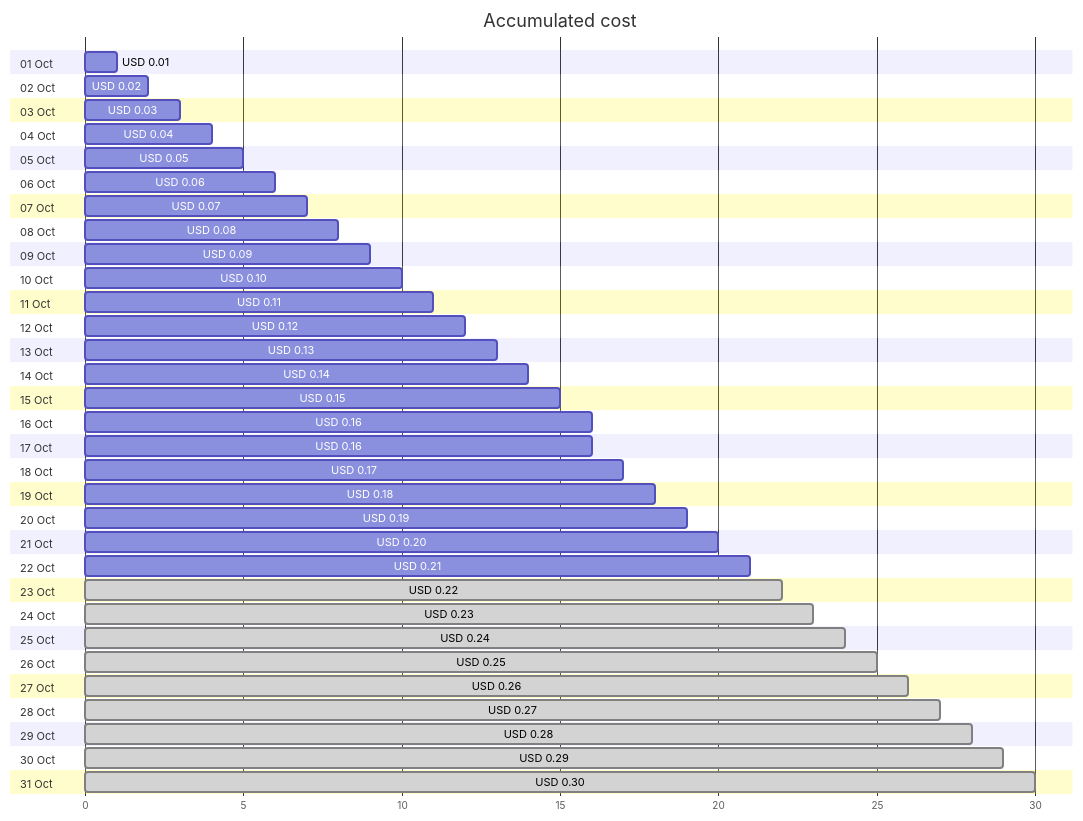
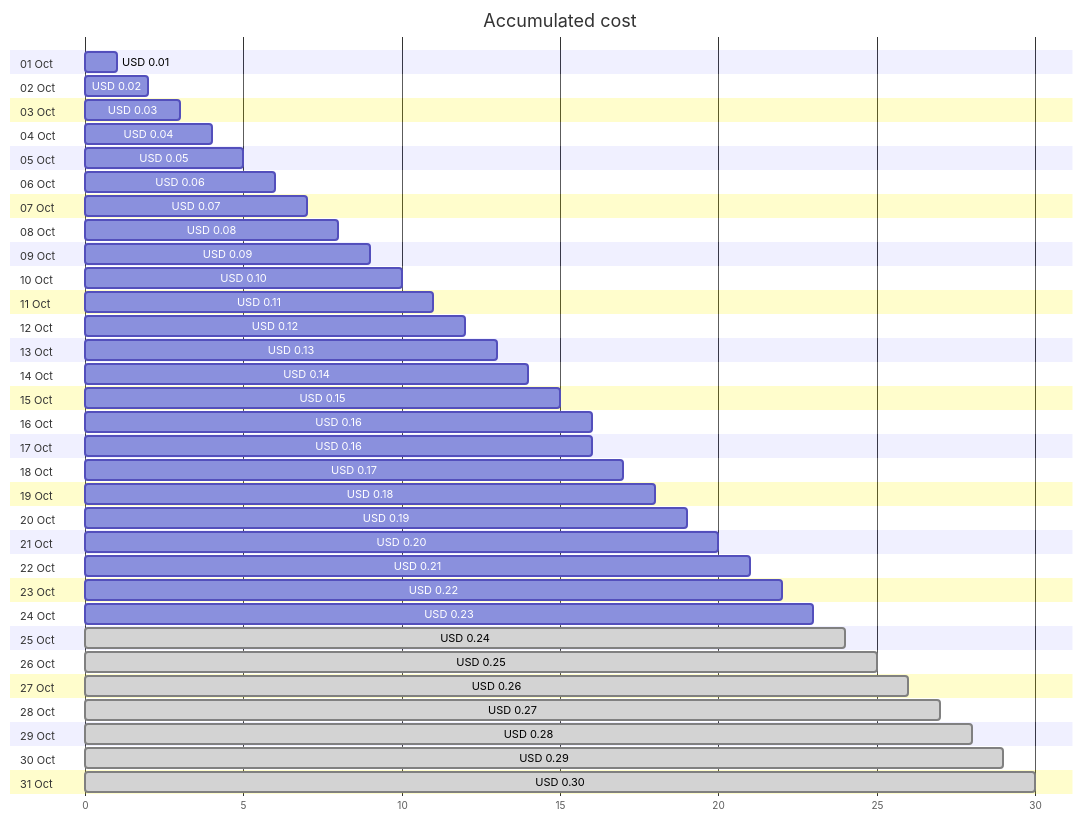
Before and after one commit to jpfulton/azure-personal-reports: the first of 4 diagrams in cost-reports/cloud-shell-storage-eastus/cs2100300008c8d894b.md, drawn with Mermaid. The commit also changed other lines of this file and 1 other file, not shown here.

````diff
--- a/cost-reports/cloud-shell-storage-eastus/cs2100300008c8d894b.md
+++ b/cost-reports/cloud-shell-storage-eastus/cs2100300008c8d894b.md
@@ -20,68 +20,68 @@
 ```mermaid
 gantt
    title Accumulated cost
    dateFormat  X
    axisFormat %s
    section 01 Oct
    USD 0.01 :0, 1
    section 02 Oct
    USD 0.02 :0, 2
    section 03 Oct
    USD 0.03 :0, 3
    section 04 Oct
    USD 0.04 :0, 4
    section 05 Oct
    USD 0.05 :0, 5
    section 06 Oct
    USD 0.06 :0, 6
    section 07 Oct
    USD 0.07 :0, 7
    section 08 Oct
    USD 0.08 :0, 8
    section 09 Oct
    USD 0.09 :0, 9
    section 10 Oct
    USD 0.10 :0, 10
    section 11 Oct
    USD 0.11 :0, 11
    section 12 Oct
    USD 0.12 :0, 12
    section 13 Oct
    USD 0.13 :0, 13
    section 14 Oct
    USD 0.14 :0, 14
    section 15 Oct
    USD 0.15 :0, 15
    section 16 Oct
    USD 0.16 :0, 16
    section 17 Oct
    USD 0.16 :0, 16
    section 18 Oct
    USD 0.17 :0, 17
    section 19 Oct
    USD 0.18 :0, 18
    section 20 Oct
    USD 0.19 :0, 19
    section 21 Oct
    USD 0.20 :0, 20
    section 22 Oct
    USD 0.21 :0, 21
    section 23 Oct
-   USD 0.22 : done, 0, 22
+   USD 0.22 :0, 22
    section 24 Oct
-   USD 0.23 : done, 0, 23
+   USD 0.23 :0, 23
    section 25 Oct
    USD 0.24 : done, 0, 24
    section 26 Oct
    USD 0.25 : done, 0, 25
    section 27 Oct
    USD 0.26 : done, 0, 26
    section 28 Oct
    USD 0.27 : done, 0, 27
    section 29 Oct
    USD 0.28 : done, 0, 28
    section 30 Oct
    USD 0.29 : done, 0, 29
    section 31 Oct
    USD 0.30 : done, 0, 30
 ```
````
